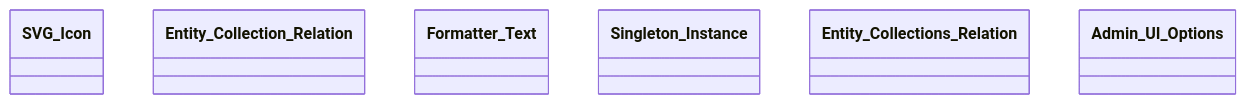
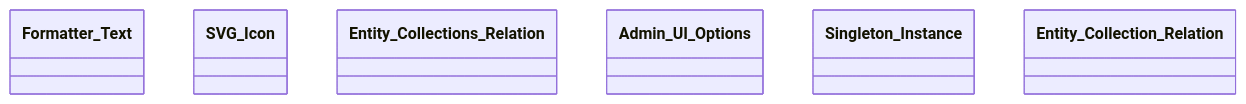
The diagram in docs/diagrams/tainacan-namespace-Tainacan-Traits.mmd (tainacan/tainacan), drawn with Mermaid before and after one commit. The commit also changed other lines of this file and 94 other files, not shown here.

```diff
--- a/docs/diagrams/tainacan-namespace-Tainacan-Traits.mmd
+++ b/docs/diagrams/tainacan-namespace-Tainacan-Traits.mmd
@@ -1,8 +1,8 @@
 classDiagram
     direction TB
+    class Formatter_Text { }
     class SVG_Icon { }
-    class Entity_Collection_Relation { }
-    class Formatter_Text { }
-    class Singleton_Instance { }
     class Entity_Collections_Relation { }
     class Admin_UI_Options { }
+    class Singleton_Instance { }
+    class Entity_Collection_Relation { }
```
